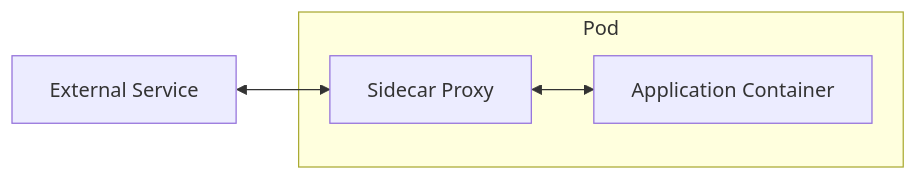
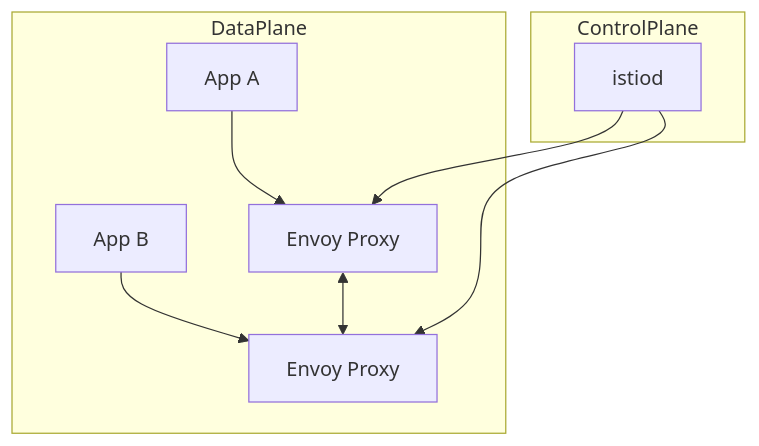
The second of 5 diagrams in Istio/01_Istio_Theory_Guide.md (sandeep-1010-cool/NTT_DATA), drawn with Mermaid before and after one commit. The commit also changed other lines of this file, not shown here.

````diff
--- a/Istio/01_Istio_Theory_Guide.md
+++ b/Istio/01_Istio_Theory_Guide.md
@@ -86,10 +69,13 @@
 ```mermaid
-graph LR
-    subgraph "Pod"
-        App[Application Container]
-        Proxy[Sidecar Proxy]
+graph TD
+    subgraph ControlPlane
+        istiod[istiod]
     end
-    
-    External[External Service] <--> Proxy
-    Proxy <--> App
+    subgraph DataPlane
+        AppA[App A] --> EnvoyA[Envoy Proxy]
+        AppB[App B] --> EnvoyB[Envoy Proxy]
+        EnvoyA <--> EnvoyB
+    end
+    istiod --> EnvoyA
+    istiod --> EnvoyB
 ```
````
